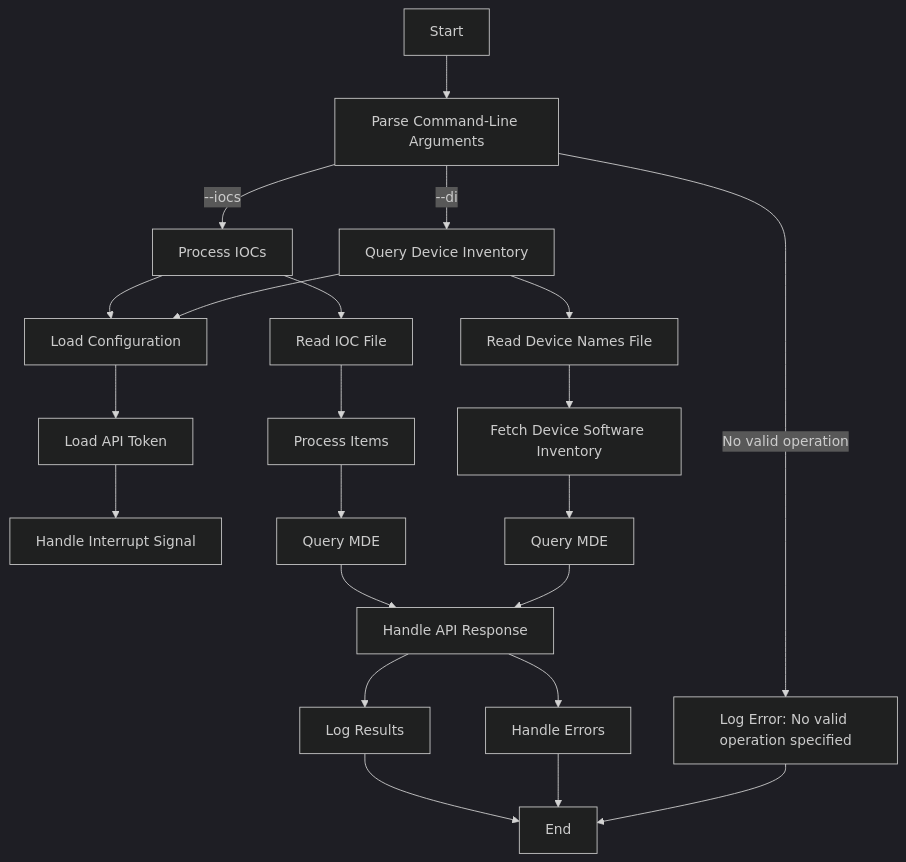
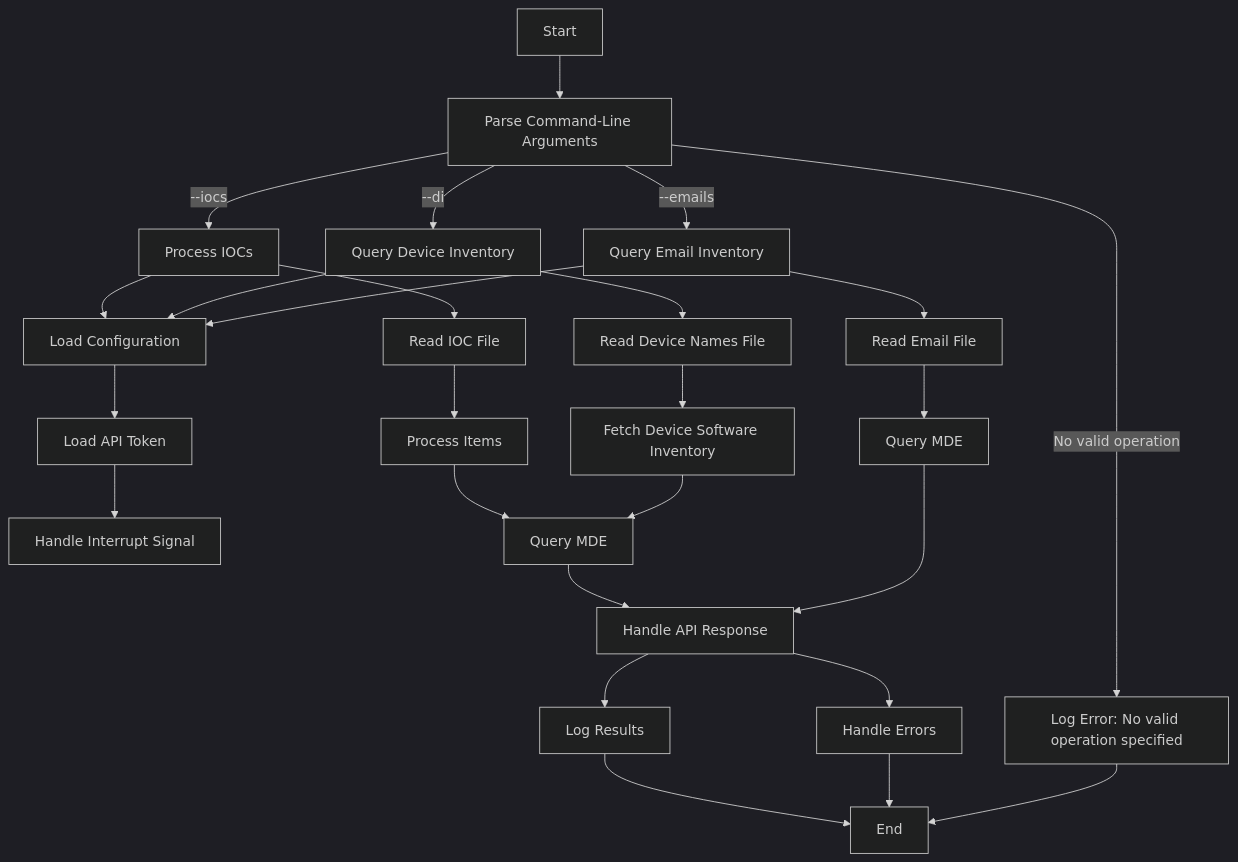
The diagram in README.md (hithmast/mdelh), drawn with Mermaid (dark theme) before and after one commit. The commit also changed other lines of this file, not shown here.

````diff
--- a/README.md
+++ b/README.md
@@ -162,32 +170,37 @@
 ```mermaid
 flowchart TD
     A[Start] --> B[Parse Command-Line Arguments]
     B -->|--iocs| C[Process IOCs]
     B -->|--di| D[Query Device Inventory]
-    B -->|No valid operation| E[Log Error: No valid operation specified]
+    B -->|--emails| E[Query Email Inventory]
+    B -->|No valid operation| F[Log Error: No valid operation specified]
     
-    C --> F[Load Configuration]
-    D --> F
+    C --> G[Load Configuration]
+    D --> G
+    E --> G
     
-    F --> G[Load API Token]
-    G --> H[Handle Interrupt Signal]
+    G --> H[Load API Token]
+    H --> I[Handle Interrupt Signal]
     
-    C --> I[Read IOC File]
-    I --> J[Process Items]
+    C --> J[Read IOC File]
+    J --> K[Process Items]
     
-    D --> K[Read Device Names File]
-    K --> L[Fetch Device Software Inventory]
+    D --> L[Read Device Names File]
+    L --> M[Fetch Device Software Inventory]
     
-    J --> M[Query MDE]
-    L --> N[Query MDE]
+    E --> N[Read Email File]
     
-    M --> O[Handle API Response]
-    N --> O
+    K --> O[Query MDE]
+    M --> O
+    N --> P[Query MDE]
     
-    O --> P[Log Results]
-    O --> Q[Handle Errors]
+    O --> Q[Handle API Response]
+    P --> Q
     
-    P --> R[End]
-    Q --> R
-    E --> R
+    Q --> R[Log Results]
+    Q --> S[Handle Errors]
+    
+    R --> T[End]
+    S --> T
+    F --> T
 ```
````
